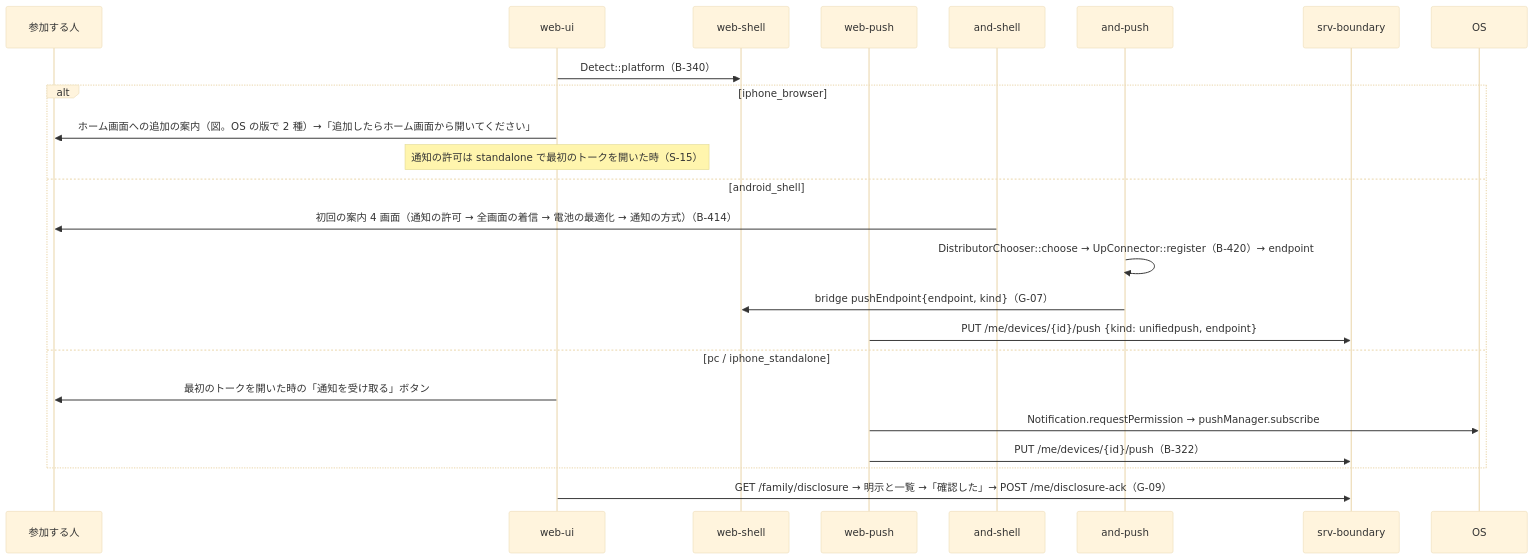
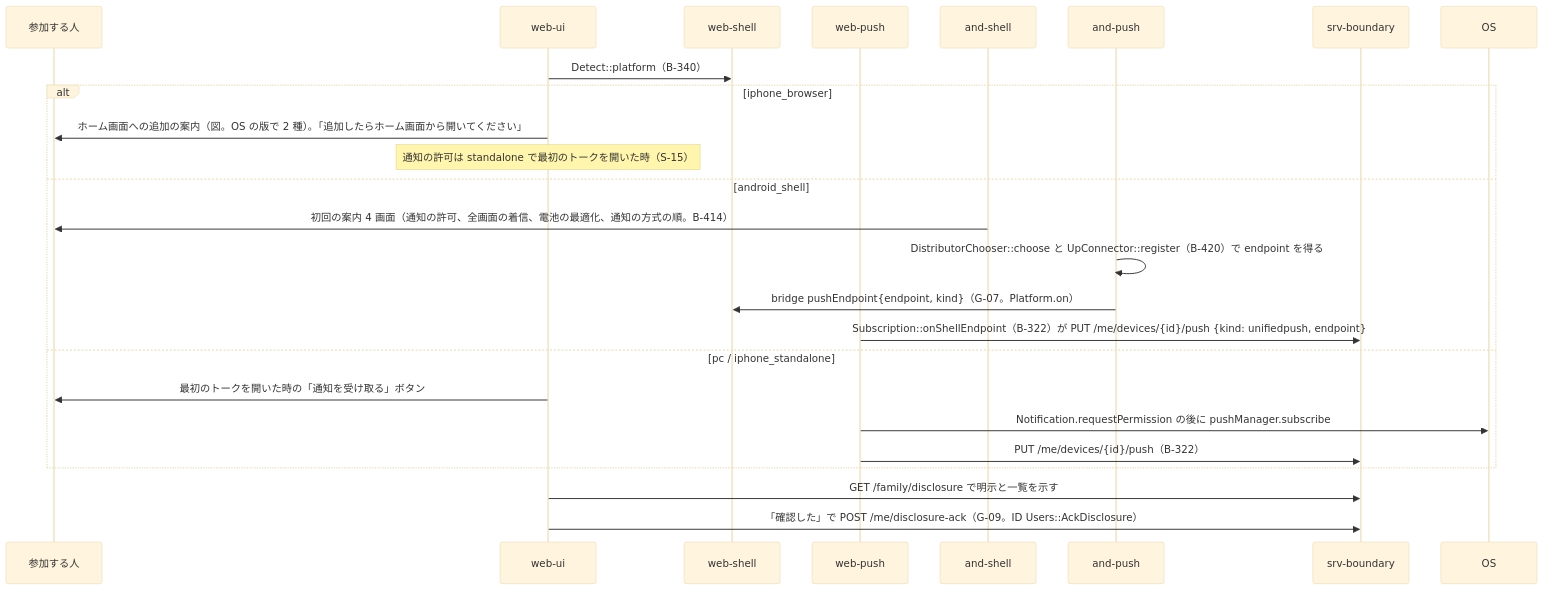
One commit to nrsd-ishikawasou/family-talk-pwa changed the third of 4 diagrams in dev/docs/jp/シーケンス/03_招待と参加.md. Above: the diagram before and after it, drawn with Mermaid (base theme). The commit also changed other lines of this file and 290 other files, not shown here.

````diff
--- a/dev/docs/jp/シーケンス/03_招待と参加.md
+++ b/dev/docs/jp/シーケンス/03_招待と参加.md
@@ -85,25 +93,26 @@
 ```mermaid
 sequenceDiagram
   participant V as 参加する人
   participant UI as web-ui
   participant WH as web-shell
   participant WP as web-push
   participant AS as and-shell
   participant AP as and-push
   participant BD as srv-boundary
   UI->>WH: Detect::platform（B-340）
   alt iphone_browser
-    UI->>V: ホーム画面への追加の案内（図。OS の版で 2 種）→「追加したらホーム画面から開いてください」
+    UI->>V: ホーム画面への追加の案内（図。OS の版で 2 種）。「追加したらホーム画面から開いてください」
     Note over UI: 通知の許可は standalone で最初のトークを開いた時（S-15）
   else android_shell
-    AS->>V: 初回の案内 4 画面（通知の許可 → 全画面の着信 → 電池の最適化 → 通知の方式）（B-414）
-    AP->>AP: DistributorChooser::choose → UpConnector::register（B-420）→ endpoint
-    AP->>WH: bridge pushEndpoint{endpoint, kind}（G-07）
-    WP->>BD: PUT /me/devices/{id}/push {kind: unifiedpush, endpoint}
+    AS->>V: 初回の案内 4 画面（通知の許可、全画面の着信、電池の最適化、通知の方式の順。B-414）
+    AP->>AP: DistributorChooser::choose と UpConnector::register（B-420）で endpoint を得る
+    AP->>WH: bridge pushEndpoint{endpoint, kind}（G-07。Platform.on）
+    WP->>BD: Subscription::onShellEndpoint（B-322）が PUT /me/devices/{id}/push {kind: unifiedpush, endpoint}
   else pc / iphone_standalone
     UI->>V: 最初のトークを開いた時の「通知を受け取る」ボタン
-    WP->>OS: Notification.requestPermission → pushManager.subscribe
+    WP->>OS: Notification.requestPermission の後に pushManager.subscribe
     WP->>BD: PUT /me/devices/{id}/push（B-322）
   end
-  UI->>BD: GET /family/disclosure → 明示と一覧 →「確認した」→ POST /me/disclosure-ack（G-09）
+  UI->>BD: GET /family/disclosure で明示と一覧を示す
+  UI->>BD: 「確認した」で POST /me/disclosure-ack（G-09。ID Users::AckDisclosure）
 ```
````
